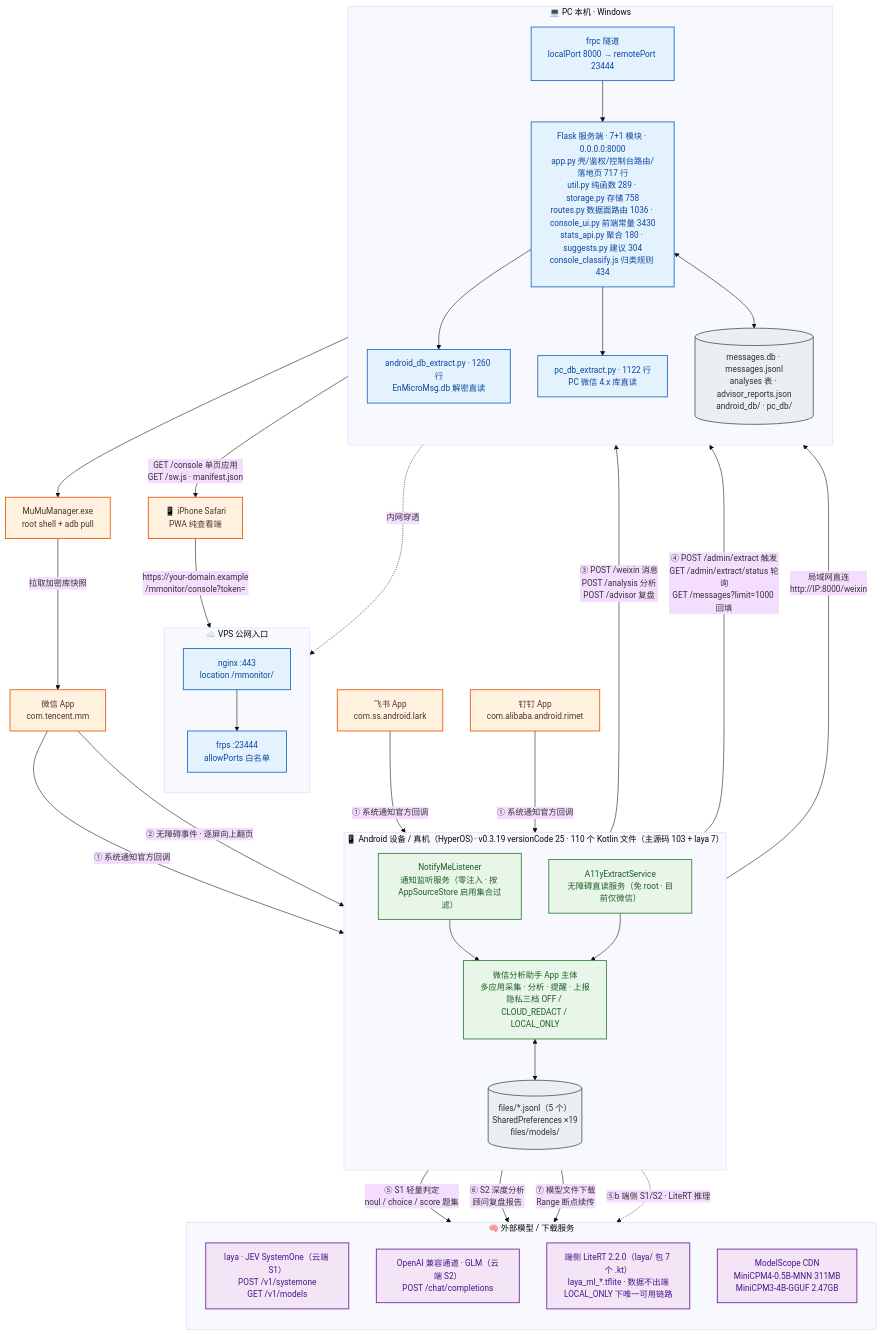
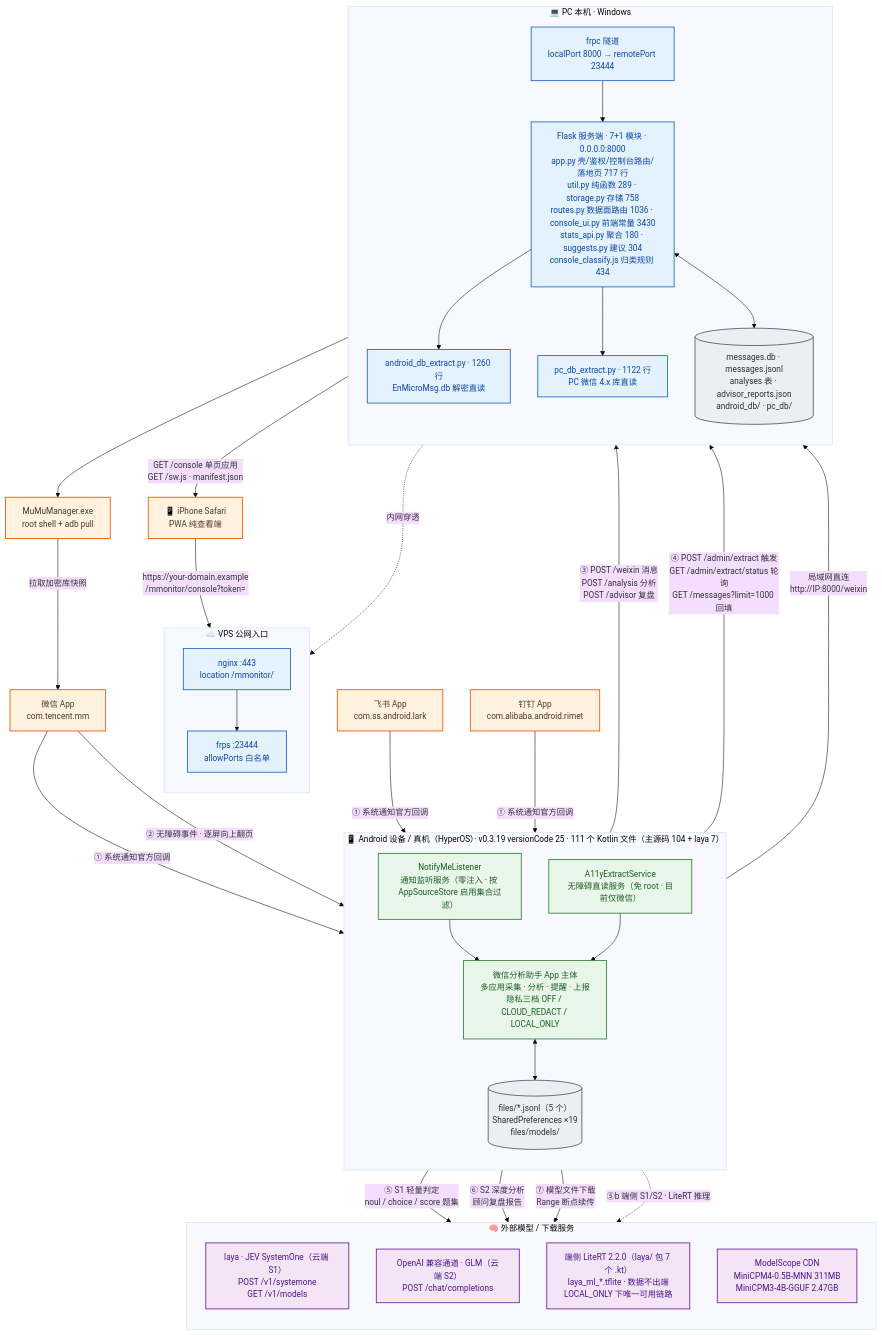
The diagram in docs/architecture/diagrams/01-system-context.mmd (solidjoker/notifyme), drawn with Mermaid before and after one commit. The commit also changed 19 other files, not shown here.

```diff
--- a/docs/architecture/diagrams/01-system-context.mmd
+++ b/docs/architecture/diagrams/01-system-context.mmd
@@ -1,70 +1,70 @@
 %%{init: {'theme':'base','themeVariables':{'fontSize':'15px','fontFamily':'Microsoft YaHei, PingFang SC, sans-serif'},'flowchart':{'htmlLabels':true,'curve':'basis'}}}%%
 flowchart TB
     classDef ext  fill:#fff3e0,stroke:#e65100,stroke-width:1.5px,color:#4e342e
     classDef app  fill:#e8f5e9,stroke:#2e7d32,stroke-width:1.5px,color:#1b5e20
     classDef srv  fill:#e3f2fd,stroke:#1565c0,stroke-width:1.5px,color:#0d47a1
     classDef llm  fill:#f3e5f5,stroke:#6a1b9a,stroke-width:1.5px,color:#4a148c
     classDef store fill:#eceff1,stroke:#455a64,stroke-width:1.5px,color:#263238
 
     WX["微信 App<br/>com.tencent.mm"]:::ext
     FS["飞书 App<br/>com.ss.android.lark"]:::ext
     DT["钉钉 App<br/>com.alibaba.android.rimet"]:::ext
 
-    subgraph DEV["📱 Android 设备 / 真机（HyperOS）· v0.3.19 versionCode 25 · 110 个 Kotlin 文件（主源码 103 + laya 7）"]
+    subgraph DEV["📱 Android 设备 / 真机（HyperOS）· v0.3.19 versionCode 25 · 111 个 Kotlin 文件（主源码 104 + laya 7）"]
         direction TB
         NL["NotifyMeListener<br/>通知监听服务（零注入 · 按 AppSourceStore 启用集合过滤）"]:::app
         A11Y["A11yExtractService<br/>无障碍直读服务（免 root · 目前仅微信）"]:::app
         CORE["微信分析助手 App 主体<br/>多应用采集 · 分析 · 提醒 · 上报<br/>隐私三档 OFF / CLOUD_REDACT / LOCAL_ONLY"]:::app
         STORE[("files/*.jsonl（5 个）<br/>SharedPreferences ×19<br/>files/models/")]:::store
         NL --> CORE
         A11Y --> CORE
         CORE <--> STORE
     end
 
     subgraph HOST["💻 PC 本机 · Windows"]
         direction TB
         FLASK["Flask 服务端 · 7+1 模块 · 0.0.0.0:8000<br/>app.py 壳/鉴权/控制台路由/落地页 717 行<br/>util.py 纯函数 289 · storage.py 存储 758<br/>routes.py 数据面路由 1036 · console_ui.py 前端常量 3430<br/>stats_api.py 聚合 180 · suggests.py 建议 304<br/>console_classify.js 归类规则 434"]:::srv
         ADBEX["android_db_extract.py · 1260 行<br/>EnMicroMsg.db 解密直读"]:::srv
         PCEX["pc_db_extract.py · 1122 行<br/>PC 微信 4.x 库直读"]:::srv
         DB[("messages.db · messages.jsonl<br/>analyses 表 · advisor_reports.json<br/>android_db/ · pc_db/")]:::store
         FRPC["frpc 隧道<br/>localPort 8000 → remotePort 23444"]:::srv
         FLASK --> ADBEX
         FLASK --> PCEX
         FLASK <--> DB
         FRPC --> FLASK
     end
 
     subgraph VPS["☁️ VPS 公网入口"]
         direction TB
         NGINX["nginx :443<br/>location /mmonitor/"]:::srv
         FRPS["frps :23444<br/>allowPorts 白名单"]:::srv
         NGINX --> FRPS
     end
 
     subgraph AI["🧠 外部模型 / 下载服务"]
         direction TB
         LAYA["laya · JEV SystemOne（云端 S1）<br/>POST /v1/systemone<br/>GET /v1/models"]:::llm
         GLM["OpenAI 兼容通道 · GLM（云端 S2）<br/>POST /chat/completions"]:::llm
         LITE["端侧 LiteRT 2.2.0（laya/ 包 7 个 .kt）<br/>laya_ml_*.tflite · 数据不出端<br/>LOCAL_ONLY 下唯一可用链路"]:::llm
         MS["ModelScope CDN<br/>MiniCPM4-0.5B-MNN 311MB<br/>MiniCPM3-4B-GGUF 2.47GB"]:::llm
     end
 
     MUMU["MuMuManager.exe<br/>root shell + adb pull"]:::ext
     IPHONE["📱 iPhone Safari<br/>PWA 纯查看端"]:::ext
 
     WX -->|"① 系统通知官方回调"| NL
     FS -->|"① 系统通知官方回调"| NL
     DT -->|"① 系统通知官方回调"| NL
     WX -->|"② 无障碍事件 · 逐屏向上翻页"| A11Y
     CORE -->|"③ POST /weixin 消息<br/>POST /analysis 分析<br/>POST /advisor 复盘"| FLASK
     CORE -->|"④ POST /admin/extract 触发<br/>GET /admin/extract/status 轮询<br/>GET /messages?limit=1000 回填"| FLASK
     CORE -->|"⑤ S1 轻量判定<br/>noul / choice / score 题集"| LAYA
     CORE -->|"⑥ S2 深度分析<br/>顾问复盘报告"| GLM
     CORE -->|"⑦ 模型文件下载<br/>Range 断点续传"| MS
     CORE -.->|"⑤b 端侧 S1/S2 · LiteRT 推理"| LITE
     ADBEX --> MUMU
     MUMU -->|"拉取加密库快照"| WX
     CORE -->|"局域网直连<br/>http://IP:8000/weixin"| FLASK
     FRPC -.->|"内网穿透"| FRPS
     IPHONE -->|"https://your-domain.example<br/>/mmonitor/console?token="| NGINX
     FLASK -->|"GET /console 单页应用<br/>GET /sw.js · manifest.json"| IPHONE
```
